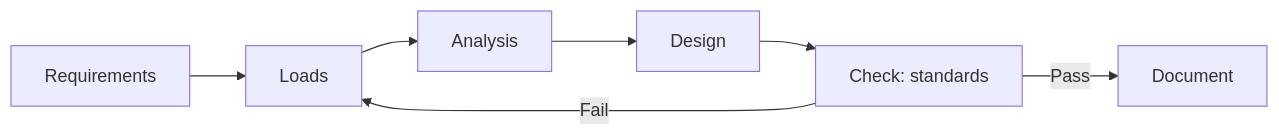
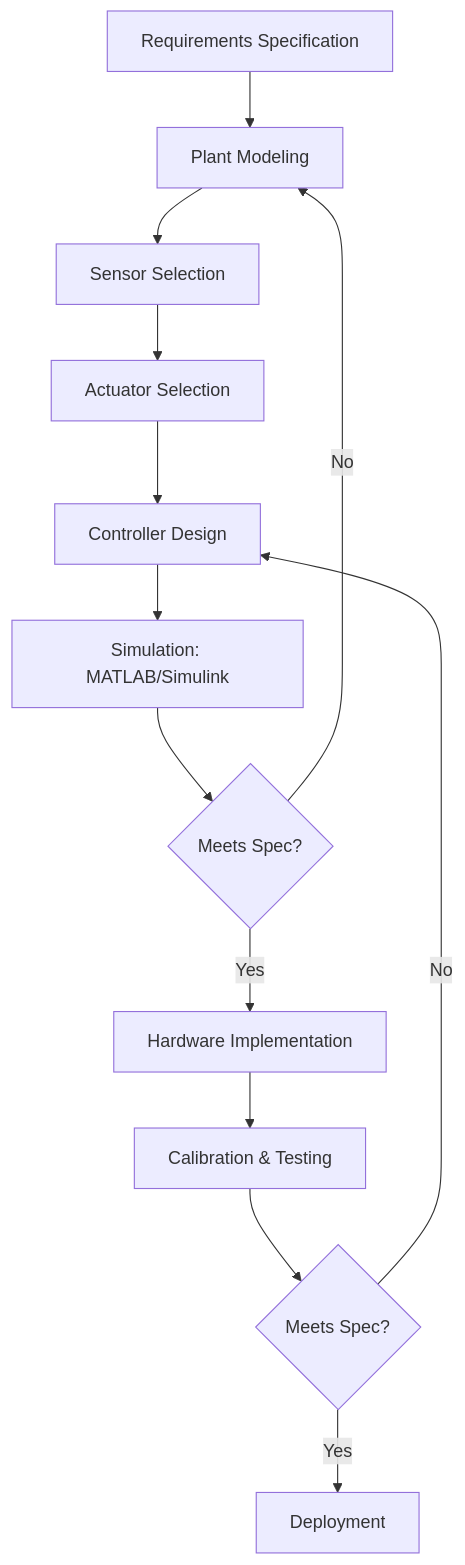
The first of 5 diagrams in mae-bootcamp/courses/major-required/MAEG4040.md (yip-lgtm/mech-Eng-Bootcamp), drawn with Mermaid before and after one commit. The commit also changed other lines of this file, not shown here.

````diff
--- a/mae-bootcamp/courses/major-required/MAEG4040.md
+++ b/mae-bootcamp/courses/major-required/MAEG4040.md
@@ -256,9 +422,15 @@
 ```mermaid
-graph LR
-    A[Requirements] --> B[Loads]
-    B --> C[Analysis]
-    C --> D[Design]
-    D --> E[Check: standards]
-    E -->|Fail| B
-    E -->|Pass| F[Document]
+flowchart TD
+    A[Requirements Specification] --> B[Plant Modeling]
+    B --> C[Sensor Selection]
+    C --> D[Actuator Selection]
+    D --> E[Controller Design]
+    E --> F[Simulation: MATLAB/Simulink]
+    F --> G{Meets Spec?}
+    G -->|No| B
+    G -->|Yes| H[Hardware Implementation]
+    H --> I[Calibration & Testing]
+    I --> J{Meets Spec?}
+    J -->|No| E
+    J -->|Yes| K[Deployment]
 ```
````
